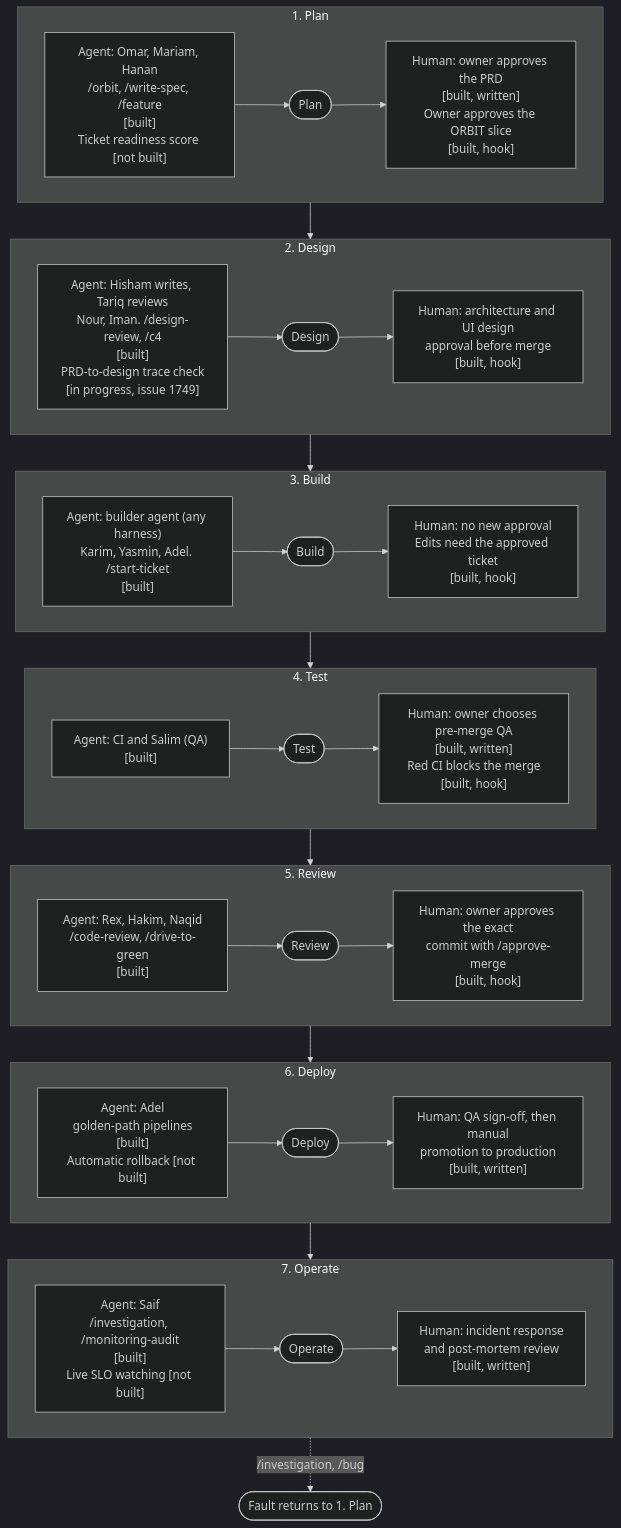
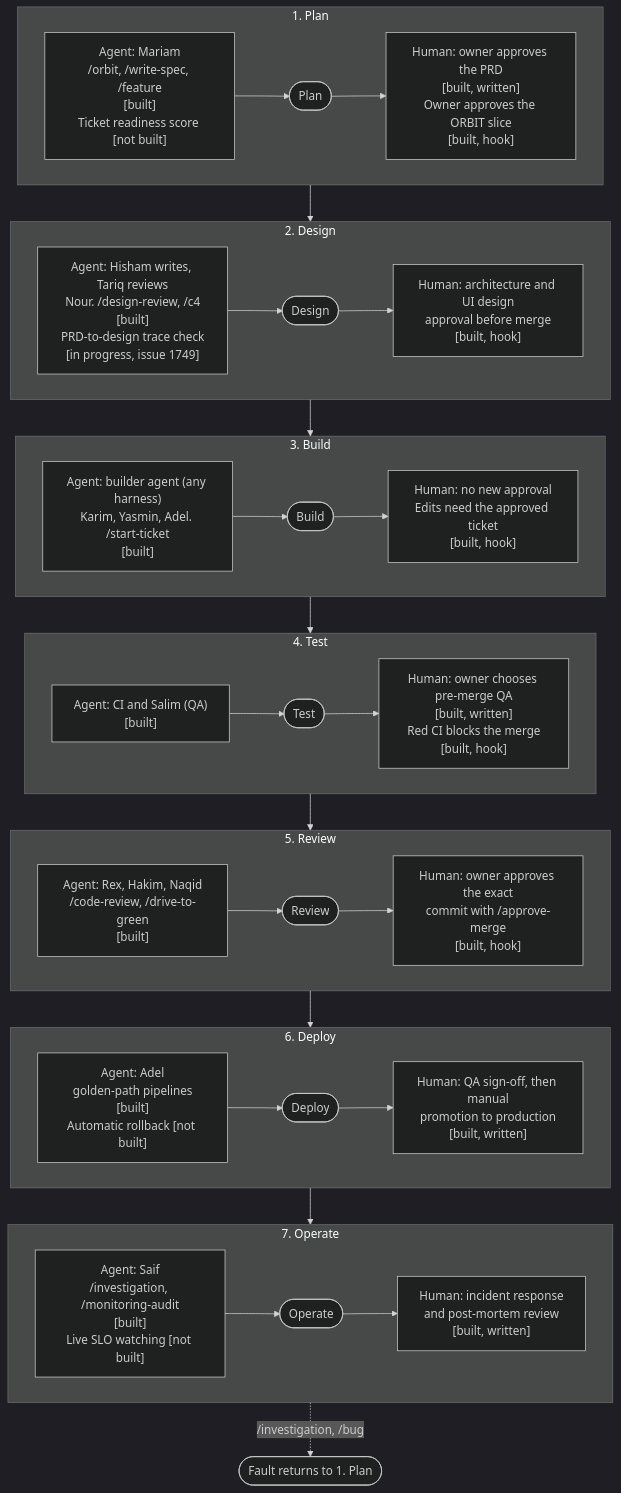
One commit to me2resh/apexyard changed the diagram in docs/sdlc-at-a-glance.md. Above: the diagram before and after it, drawn with Mermaid (dark theme). The commit also changed other lines of this file and 70 other files, not shown here.

````diff
--- a/docs/sdlc-at-a-glance.md
+++ b/docs/sdlc-at-a-glance.md
@@ -19,54 +19,54 @@
 ```mermaid
 flowchart TB
   subgraph plan["1. Plan"]
     direction LR
-    planA["Agent: Omar, Mariam, Hanan<br/>/orbit, /write-spec, /feature<br/>[built]<br/>Ticket readiness score [not built]"]
+    planA["Agent: Mariam<br/>/orbit, /write-spec, /feature<br/>[built]<br/>Ticket readiness score [not built]"]
     planS(["Plan"])
     planH["Human: owner approves the PRD<br/>[built, written]<br/>Owner approves the ORBIT slice<br/>[built, hook]"]
     planA --> planS --> planH
   end
   subgraph design["2. Design"]
     direction LR
-    designA["Agent: Hisham writes, Tariq reviews<br/>Nour, Iman. /design-review, /c4<br/>[built]<br/>PRD-to-design trace check<br/>[in progress, issue 1749]"]
+    designA["Agent: Hisham writes, Tariq reviews<br/>Nour. /design-review, /c4<br/>[built]<br/>PRD-to-design trace check<br/>[in progress, issue 1749]"]
     designS(["Design"])
     designH["Human: architecture and UI design<br/>approval before merge<br/>[built, hook]"]
     designA --> designS --> designH
   end
   subgraph build["3. Build"]
     direction LR
     buildA["Agent: builder agent (any harness)<br/>Karim, Yasmin, Adel. /start-ticket<br/>[built]"]
     buildS(["Build"])
     buildH["Human: no new approval<br/>Edits need the approved ticket<br/>[built, hook]"]
     buildA --> buildS --> buildH
   end
   subgraph test["4. Test"]
     direction LR
     testA["Agent: CI and Salim (QA)<br/>[built]"]
     testS(["Test"])
     testH["Human: owner chooses pre-merge QA<br/>[built, written]<br/>Red CI blocks the merge<br/>[built, hook]"]
     testA --> testS --> testH
   end
   subgraph review["5. Review"]
     direction LR
     reviewA["Agent: Rex, Hakim, Naqid<br/>/code-review, /drive-to-green<br/>[built]"]
     reviewS(["Review"])
     reviewH["Human: owner approves the exact<br/>commit with /approve-merge<br/>[built, hook]"]
     reviewA --> reviewS --> reviewH
   end
   subgraph deploy["6. Deploy"]
     direction LR
     deployA["Agent: Adel<br/>golden-path pipelines<br/>[built]<br/>Automatic rollback [not built]"]
     deployS(["Deploy"])
     deployH["Human: QA sign-off, then manual<br/>promotion to production<br/>[built, written]"]
     deployA --> deployS --> deployH
   end
   subgraph operate["7. Operate"]
     direction LR
     operateA["Agent: Saif<br/>/investigation, /monitoring-audit<br/>[built]<br/>Live SLO watching [not built]"]
     operateS(["Operate"])
     operateH["Human: incident response<br/>and post-mortem review<br/>[built, written]"]
     operateA --> operateS --> operateH
   end
   plan --> design --> build --> test --> review --> deploy --> operate
   operate -. "/investigation, /bug" .-> loop(["Fault returns to 1. Plan"])
 ```
````
